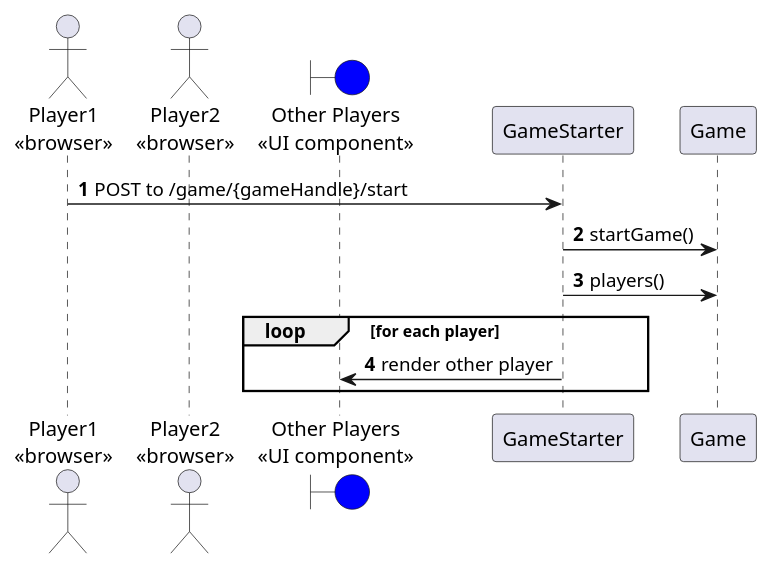
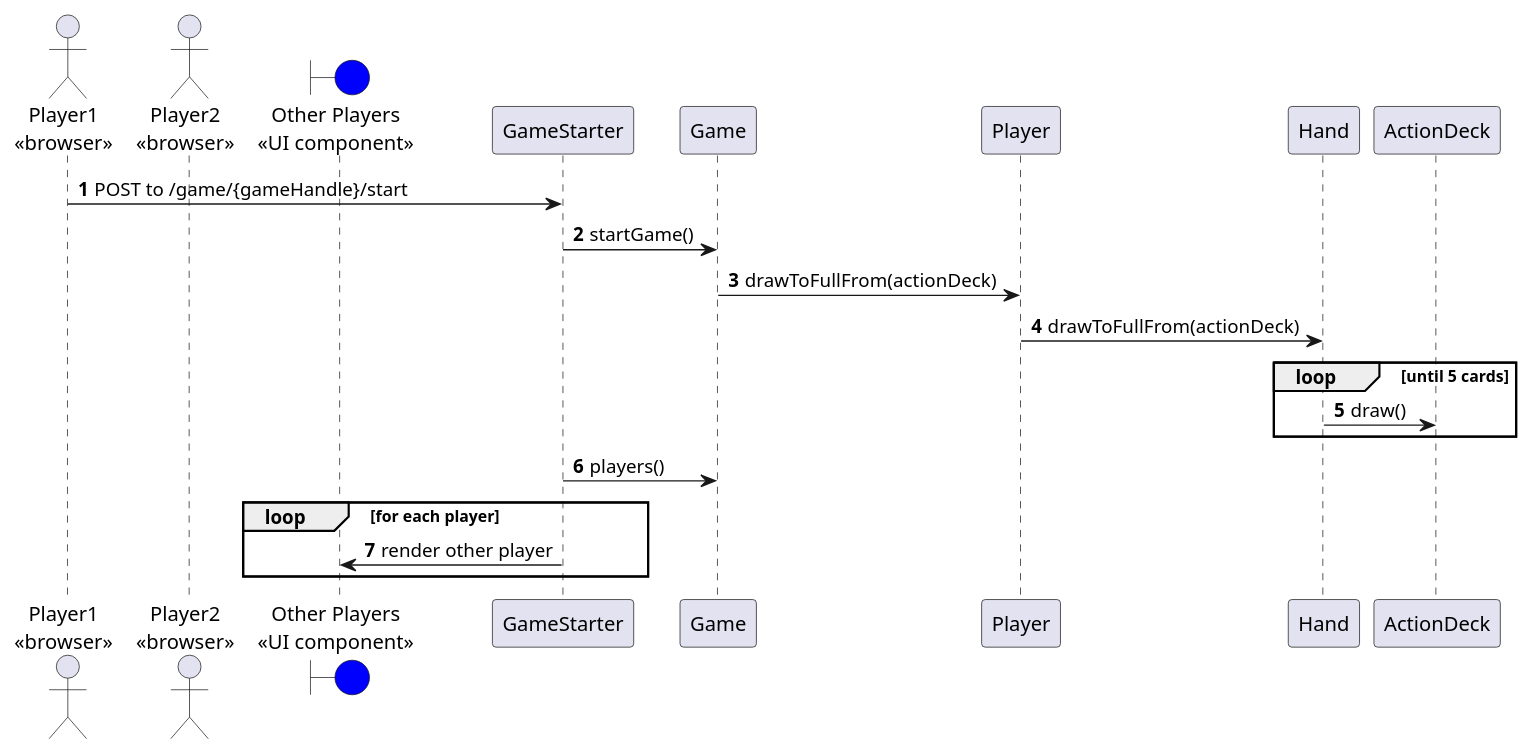
Before and after one commit to jitterted/tdd-game: the diagram in src/main/java/dev/ted/tddgame/adapter/out/websocket/start-game-sequence.puml, drawn with PlantUML. The commit also changed 3 other files, not shown here.

Commit message:
Started working on the ActionCard deck and drawing cards

```diff
--- a/src/main/java/dev/ted/tddgame/adapter/out/websocket/start-game-sequence.puml
+++ b/src/main/java/dev/ted/tddgame/adapter/out/websocket/start-game-sequence.puml
@@ -1,16 +1,21 @@
 @startuml
 
 autonumber
 
 actor "Player1\n<<browser>>" as Player1
 actor "Player2\n<<browser>>" as Player2
 boundary "Other Players\n<<UI component>>" as OtherPlayers #blue
 
 Player1 -> GameStarter: POST to /game/{gameHandle}/start
 GameStarter -> Game: startGame()
+Game -> Player: drawToFullFrom(actionDeck)
+Player -> Hand: drawToFullFrom(actionDeck)
+loop until 5 cards
+    Hand -> ActionDeck: draw()
+end
 GameStarter -> Game: players()
 loop for each player
     GameStarter -> OtherPlayers: render other player
 end
 
 @enduml
```
